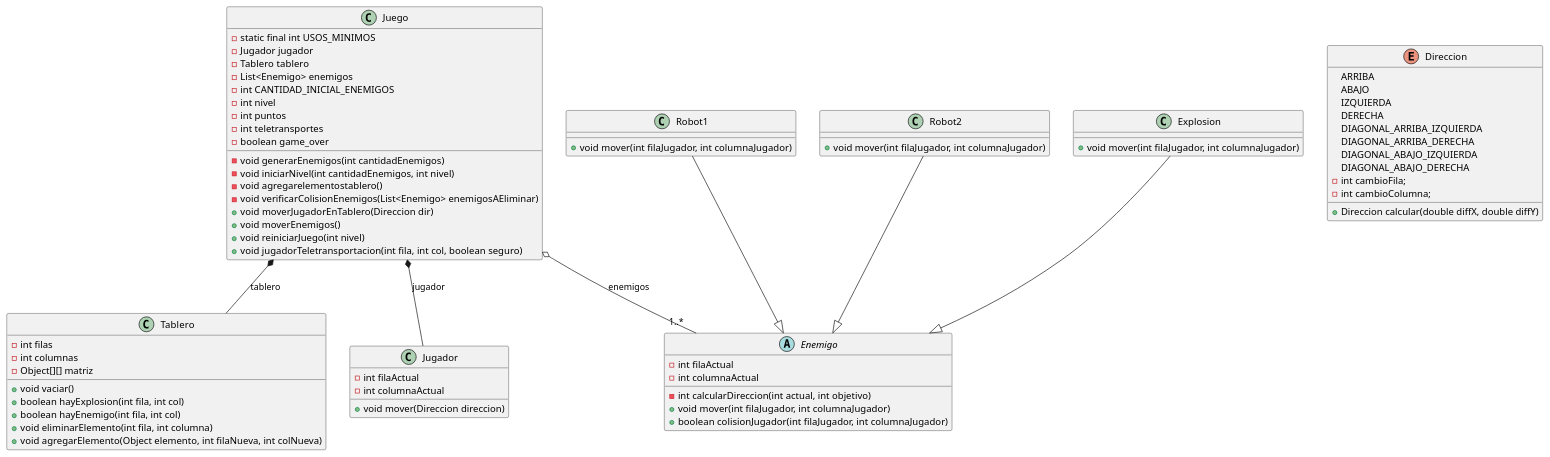
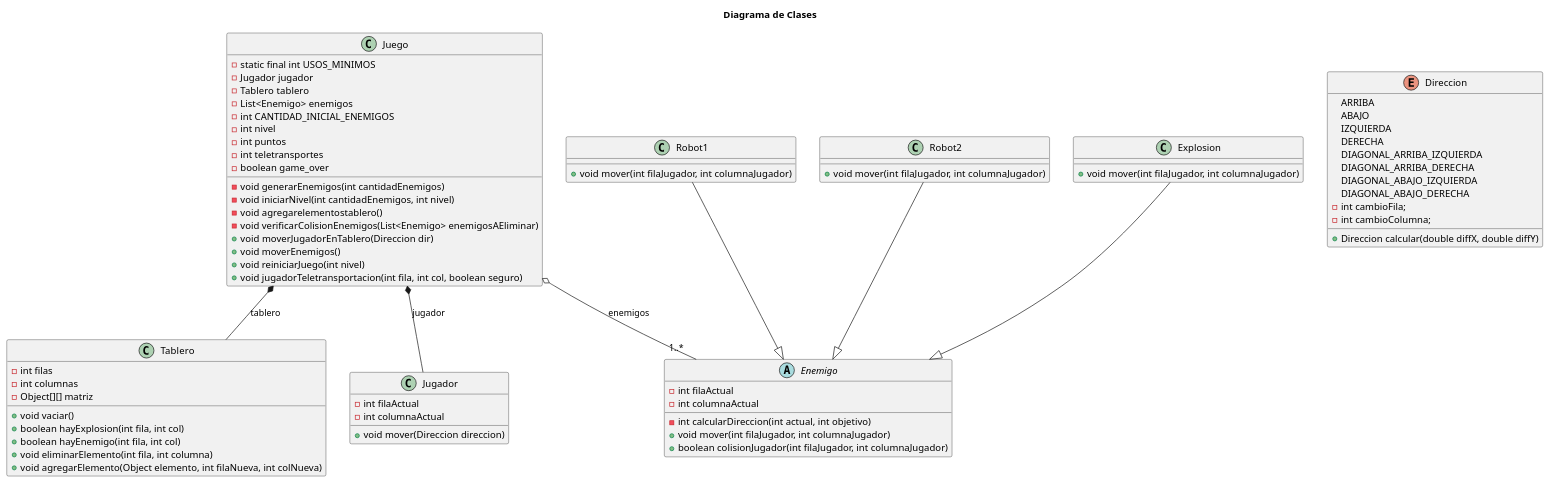
The diagram in doc/diagrama de clases.puml (FelipeAscencio/TP1_ParadigmasDeLaProgramacion), drawn with PlantUML before and after one commit. The commit also changed 9 other files, not shown here.

Commit message:
Todos los diagramas UML finales, excepto sec. mapa

```diff
--- a/doc/diagrama de clases.puml
+++ b/doc/diagrama de clases.puml
@@ -1,86 +1,86 @@
 @startuml
-'https://plantuml.com/class-diagram
+
+title Diagrama de Clases
 
 Juego o-- "1..*" Enemigo : enemigos
 Juego *-- Tablero : tablero
 Juego *-- Jugador : jugador
 Robot1 --|> Enemigo
 Robot2 --|> Enemigo
 Explosion --|> Enemigo
 
 class Juego {
     - static final int USOS_MINIMOS
     - Jugador jugador
     - Tablero tablero
     - List<Enemigo> enemigos
     - int CANTIDAD_INICIAL_ENEMIGOS
     - int nivel
     - int puntos
     - int teletransportes
     - boolean game_over
 
     - void generarEnemigos(int cantidadEnemigos)
     - void iniciarNivel(int cantidadEnemigos, int nivel)
     - void agregarelementostablero()
     - void verificarColisionEnemigos(List<Enemigo> enemigosAEliminar)
     + void moverJugadorEnTablero(Direccion dir)
     + void moverEnemigos()
     + void reiniciarJuego(int nivel)
     + void jugadorTeletransportacion(int fila, int col, boolean seguro)
 }
-
 
 abstract class Enemigo{
 -int filaActual
 -int columnaActual
 
 -int calcularDireccion(int actual, int objetivo)
 +void mover(int filaJugador, int columnaJugador)
 +boolean colisionJugador(int filaJugador, int columnaJugador)
 }
 
 class Robot1{
 +void mover(int filaJugador, int columnaJugador)
 }
 
 class Robot2{
 + void mover(int filaJugador, int columnaJugador)
 }
 
 class Explosion{
 +void mover(int filaJugador, int columnaJugador)
 }
 
 class Jugador{
 -int filaActual
 -int columnaActual
 +void mover(Direccion direccion)
 }
 
 class Tablero{
 -int filas
 -int columnas
 -Object[][] matriz
 +void vaciar()
 +boolean hayExplosion(int fila, int col)
 +boolean hayEnemigo(int fila, int col)
 +void eliminarElemento(int fila, int columna)
 +void agregarElemento(Object elemento, int filaNueva, int colNueva)
 }
 
 enum Direccion{
  ARRIBA
  ABAJO
  IZQUIERDA
  DERECHA
  DIAGONAL_ARRIBA_IZQUIERDA
  DIAGONAL_ARRIBA_DERECHA
  DIAGONAL_ABAJO_IZQUIERDA
  DIAGONAL_ABAJO_DERECHA
  - int cambioFila;
  - int cambioColumna;
 
  +Direccion calcular(double diffX, double diffY)
 }
 
 @enduml
```
